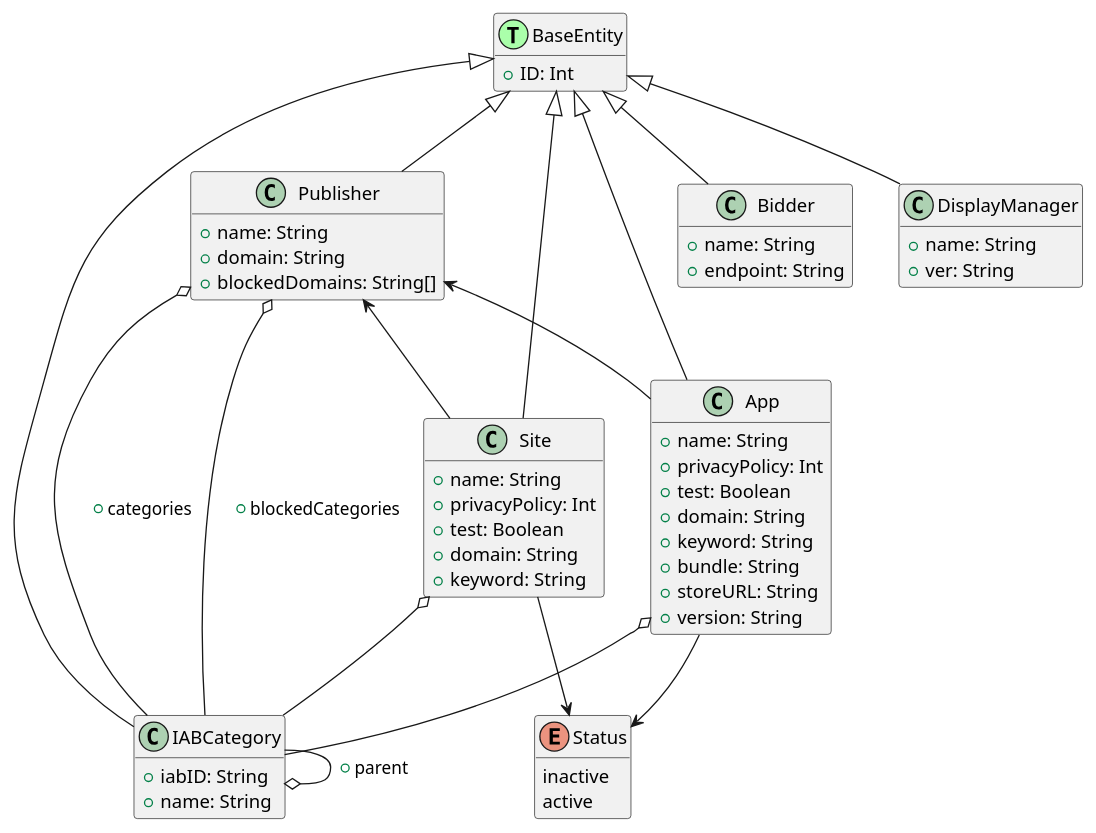
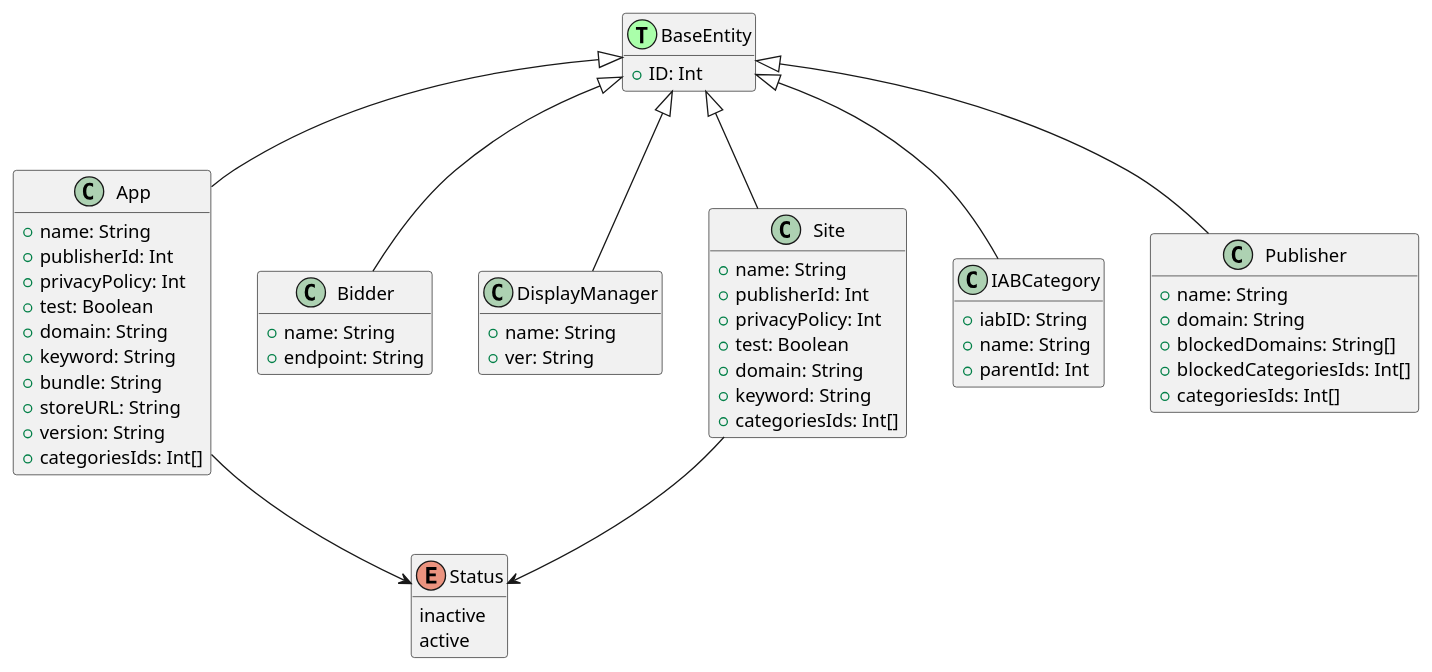
The diagram in diagrams/databaseModels.puml (bwsw/simple-rtb-exchange), drawn with PlantUML before and after one commit. The commit also changed 11 other files, not shown here.

```diff
--- a/diagrams/databaseModels.puml
+++ b/diagrams/databaseModels.puml
@@ -1,67 +1,65 @@
 @startuml
 
 hide methods
 
 class BaseEntity << (T,#AAFFAA)>> {
     +ID: Int
 }
 class App {
     +name: String
+    +publisherId: Int
     +privacyPolicy: Int
     +test: Boolean
     +domain: String
     +keyword: String
     +bundle: String
     +storeURL: String
     +version: String
+    +categoriesIds: Int[]
 }
 class Bidder {
     +name: String
     +endpoint: String
 }
 class DisplayManager {
     +name: String
     +ver: String
 }
 class Site {
     +name: String
+    +publisherId: Int
     +privacyPolicy: Int
     +test: Boolean
     +domain: String
     +keyword: String
+    +categoriesIds: Int[]
 }
 class IABCategory {
     +iabID: String
     +name: String
+    +parentId: Int
 }
 class Publisher {
     +name: String
     +domain: String
     +blockedDomains: String[]
+    +blockedCategoriesIds: Int[]
+    +categoriesIds: Int[]
 }
 
 enum Status {
     inactive
     active
 }
 
 BaseEntity <|-- App
 BaseEntity <|-- Bidder
 BaseEntity <|-- DisplayManager
 BaseEntity <|-- IABCategory
 BaseEntity <|-- Publisher
 BaseEntity <|-- Site
 
-Publisher <-- Site
-Publisher <-- App
-Publisher o-- IABCategory: +blockedCategories
-Publisher o-- IABCategory: +categories
-
-Site o-- IABCategory
 Site --> Status
-App o-- IABCategory
 App --> Status
 
-IABCategory --o IABCategory: +parent
-
 @enduml
```
